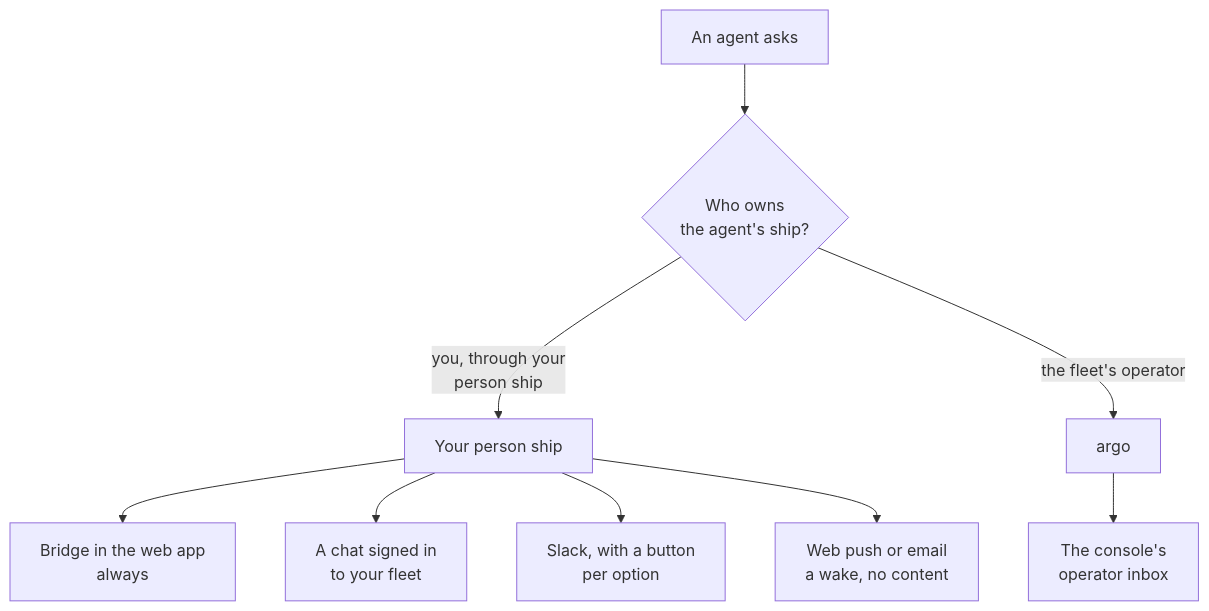
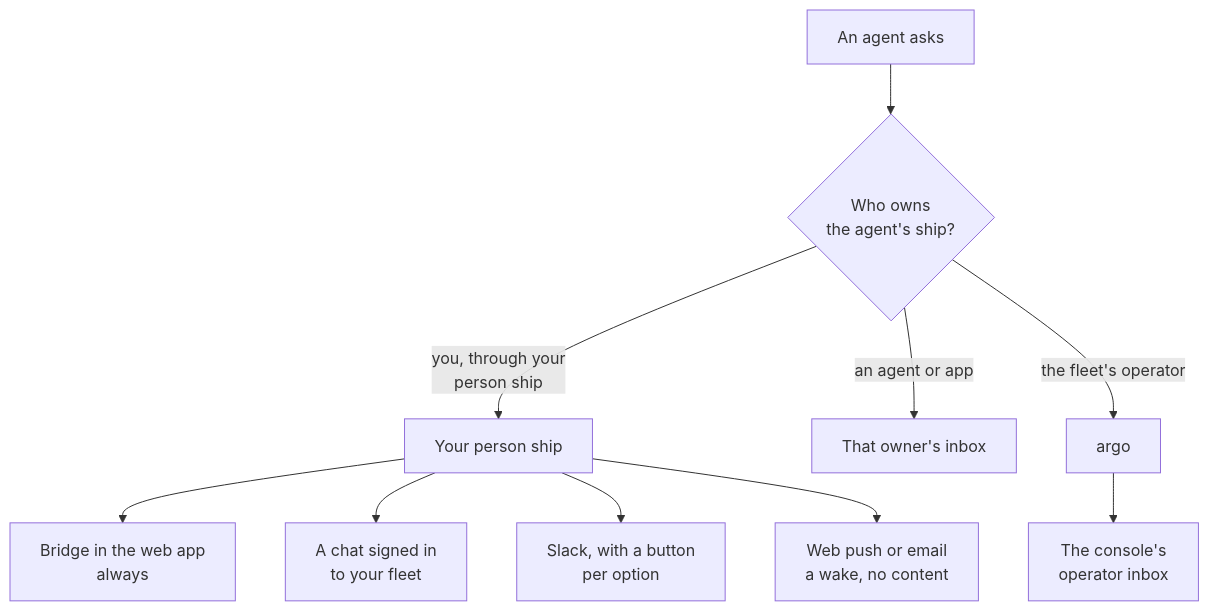
One commit to ThomasHendrickx/aeolus-fleet changed the second of 2 diagrams in docs/guide/answer-your-agents.md. Above: the diagram before and after it, drawn with Mermaid. The commit also changed other lines of this file, not shown here.

Commit message:
docs(registry): explain questions to agent and app owners

````diff
--- a/docs/guide/answer-your-agents.md
+++ b/docs/guide/answer-your-agents.md
@@ -56,11 +56,12 @@
 ```mermaid
 flowchart TD
     ask["An agent asks"] --> owner{"Who owns<br/>the agent's ship?"}
     owner -->|"you, through your<br/>person ship"| person["Your person ship"]
+    owner -->|"an agent or app"| ship["That owner's inbox"]
     owner -->|"the fleet's operator"| argo["argo"]
     person --> bridge["Bridge in the web app<br/>always"]
     person --> chat["A chat signed in<br/>to your fleet"]
     person --> slack["Slack, with a button<br/>per option"]
     person --> wake["Web push or email<br/>a wake, no content"]
     argo --> inbox["The console's<br/>operator inbox"]
 ```
````
